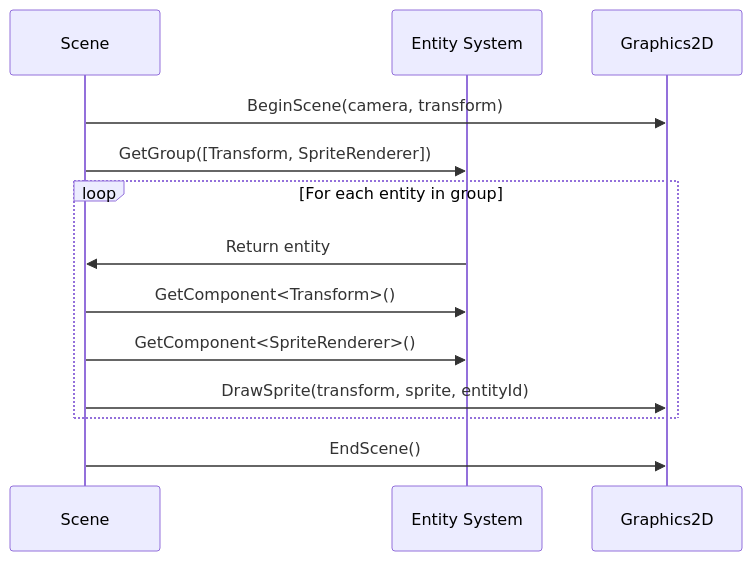
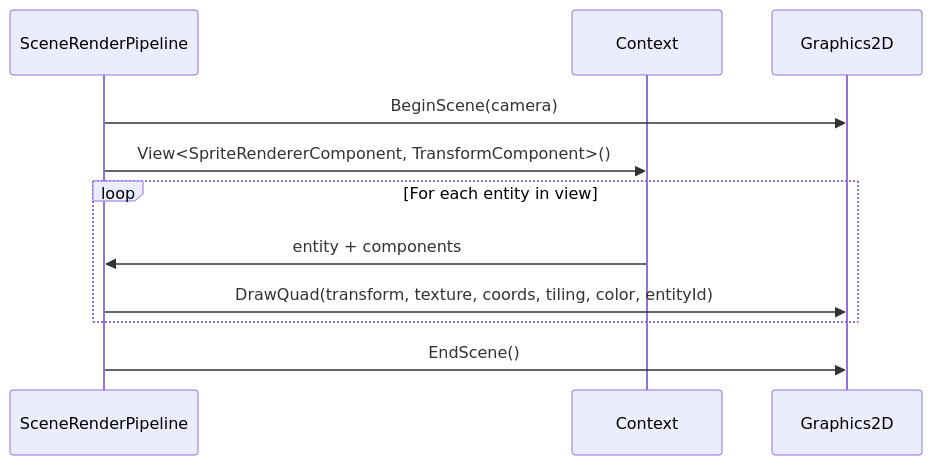
Before and after one commit to kateusz/GameEngine: the sixth of 6 diagrams in docs/opengl/opengl-2d-workflow.md, drawn with Mermaid. The commit also changed other lines of this file and 25 other files, not shown here.

````diff
--- a/docs/opengl/opengl-2d-workflow.md
+++ b/docs/opengl/opengl-2d-workflow.md
@@ -361,18 +362,16 @@
 ```mermaid
 sequenceDiagram
-    participant Scene as Scene
-    participant ECS as Entity System
+    participant Scene as SceneRenderPipeline
+    participant ECS as Context
     participant Graphics as Graphics2D
 
-    Scene->>Graphics: BeginScene(camera, transform)
-    Scene->>ECS: GetGroup([Transform, SpriteRenderer])
+    Scene->>Graphics: BeginScene(camera)
+    Scene->>ECS: View<SpriteRendererComponent, TransformComponent>()
 
-    loop For each entity in group
-        ECS->>Scene: Return entity
-        Scene->>ECS: GetComponent<Transform>()
-        Scene->>ECS: GetComponent<SpriteRenderer>()
-        Scene->>Graphics: DrawSprite(transform, sprite, entityId)
+    loop For each entity in view
+        ECS->>Scene: entity + components
+        Scene->>Graphics: DrawQuad(transform, texture, coords, tiling, color, entityId)
     end
 
     Scene->>Graphics: EndScene()
 ```
````
